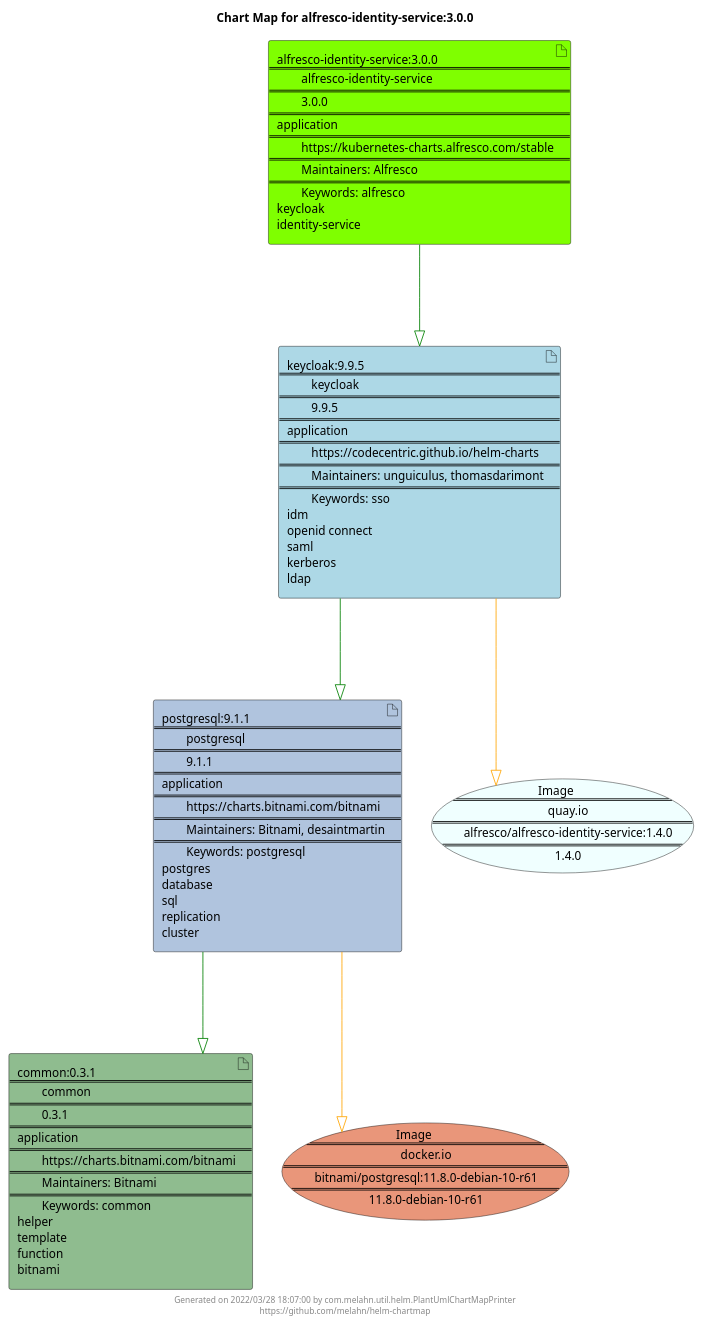
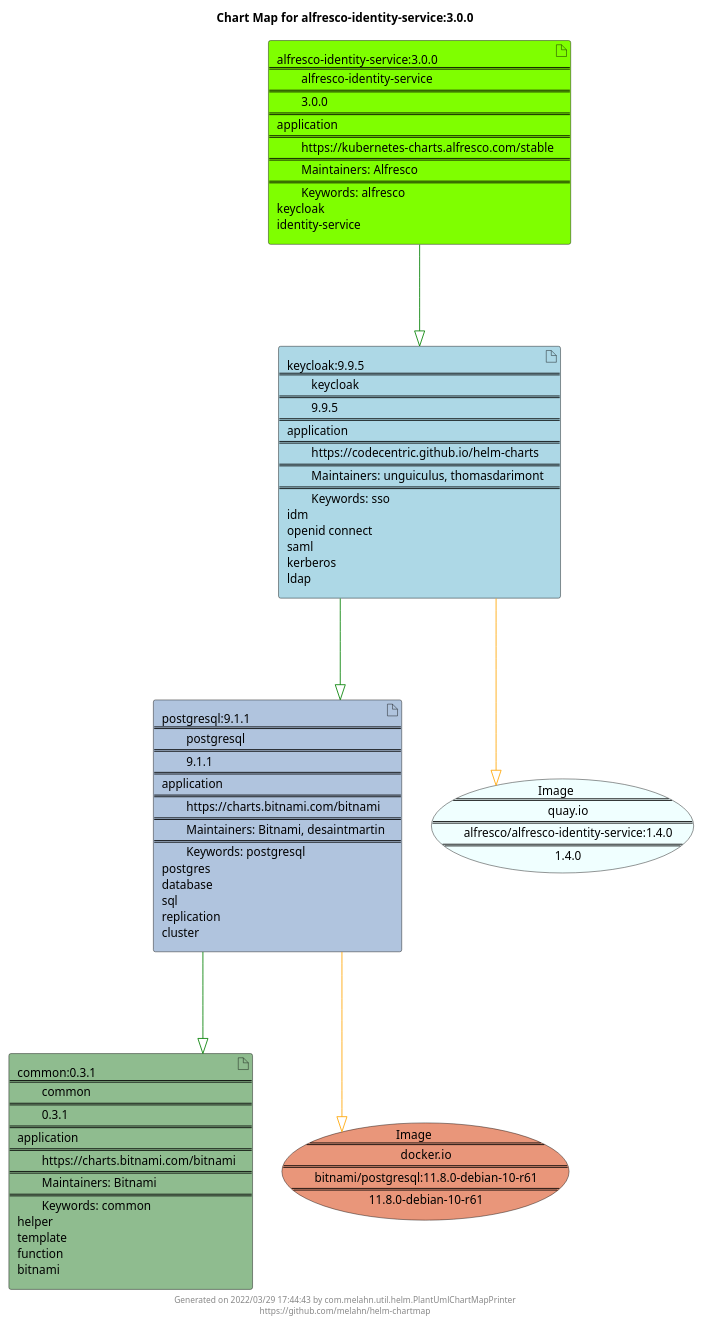
Before and after one commit to melahn/helm-chartmap: the diagram in docs/alfresco-identity-service/alfresco-identity-service-3.0.0.puml, drawn with PlantUML. The commit also changed 55 other files, not shown here.

Commit message:
Update Example Chart Maps as part of GitHub build

```diff
--- a/docs/alfresco-identity-service/alfresco-identity-service-3.0.0.puml
+++ b/docs/alfresco-identity-service/alfresco-identity-service-3.0.0.puml
@@ -1,29 +1,29 @@
 @startuml
 skinparam linetype ortho
 skinparam backgroundColor white
 skinparam usecaseBorderColor black
 skinparam usecaseArrowColor LightSlateGray
 skinparam artifactBorderColor black
 skinparam artifactArrowColor LightSlateGray
 
 title Chart Map for alfresco-identity-service:3.0.0
 
 'There are 4 referenced Helm Charts
 artifact "postgresql:9.1.1\n====\n\tpostgresql\n====\n\t9.1.1\n====\napplication\n====\n\thttps://charts.bitnami.com/bitnami\n====\n\tMaintainers: Bitnami, desaintmartin\n====\n\tKeywords: postgresql\npostgres\ndatabase\nsql\nreplication\ncluster" as postgresql_9_1_1 #LightSteelBlue
 artifact "alfresco-identity-service:3.0.0\n====\n\talfresco-identity-service\n====\n\t3.0.0\n====\napplication\n====\n\thttps://kubernetes-charts.alfresco.com/stable\n====\n\tMaintainers: Alfresco\n====\n\tKeywords: alfresco\nkeycloak\nidentity-service" as alfresco_identity_service_3_0_0 #Chartreuse
 artifact "keycloak:9.9.5\n====\n\tkeycloak\n====\n\t9.9.5\n====\napplication\n====\n\thttps://codecentric.github.io/helm-charts\n====\n\tMaintainers: unguiculus, thomasdarimont\n====\n\tKeywords: sso\nidm\nopenid connect\nsaml\nkerberos\nldap" as keycloak_9_9_5 #LightBlue
 artifact "common:0.3.1\n====\n\tcommon\n====\n\t0.3.1\n====\napplication\n====\n\thttps://charts.bitnami.com/bitnami\n====\n\tMaintainers: Bitnami\n====\n\tKeywords: common\nhelper\ntemplate\nfunction\nbitnami" as common_0_3_1 #DarkSeaGreen
 
 'There are 2 referenced Docker Images
 usecase "Image\n====\n\tdocker.io\n====\n\tbitnami/postgresql:11.8.0-debian-10-r61\n====\n\t11.8.0-debian-10-r61" as docker_io_bitnami_postgresql_11_8_0_debian_10_r61 #DarkSalmon
 usecase "Image\n====\n\tquay.io\n====\n\talfresco/alfresco-identity-service:1.4.0\n====\n\t1.4.0" as quay_io_alfresco_alfresco_identity_service_1_4_0 #Azure
 
 'Chart Dependencies
 alfresco_identity_service_3_0_0--[#green]-|>keycloak_9_9_5
 keycloak_9_9_5--[#green]-|>postgresql_9_1_1
 postgresql_9_1_1--[#green]-|>common_0_3_1
 postgresql_9_1_1--[#orange]-|>docker_io_bitnami_postgresql_11_8_0_debian_10_r61
 keycloak_9_9_5--[#orange]-|>quay_io_alfresco_alfresco_identity_service_1_4_0
 
-center footer Generated on 2022/03/28 18:07:00 by com.melahn.util.helm.PlantUmlChartMapPrinter\nhttps://github.com/melahn/helm-chartmap
+center footer Generated on 2022/03/29 17:44:43 by com.melahn.util.helm.PlantUmlChartMapPrinter\nhttps://github.com/melahn/helm-chartmap
 @enduml
```
